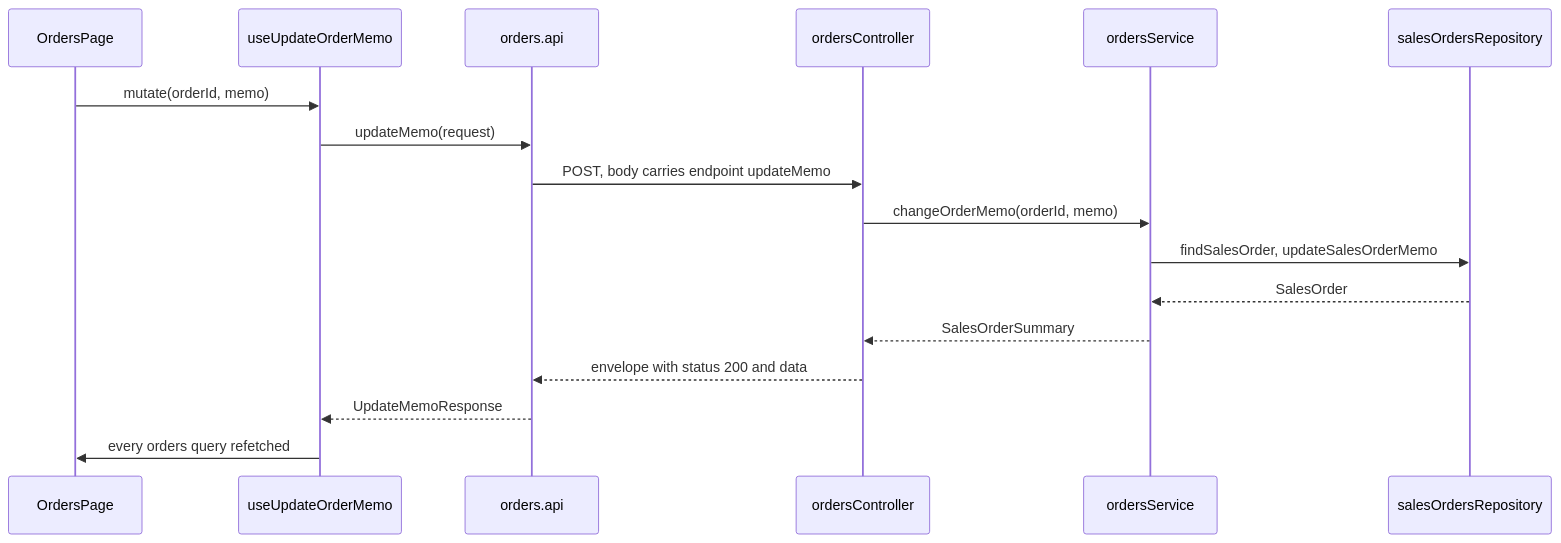
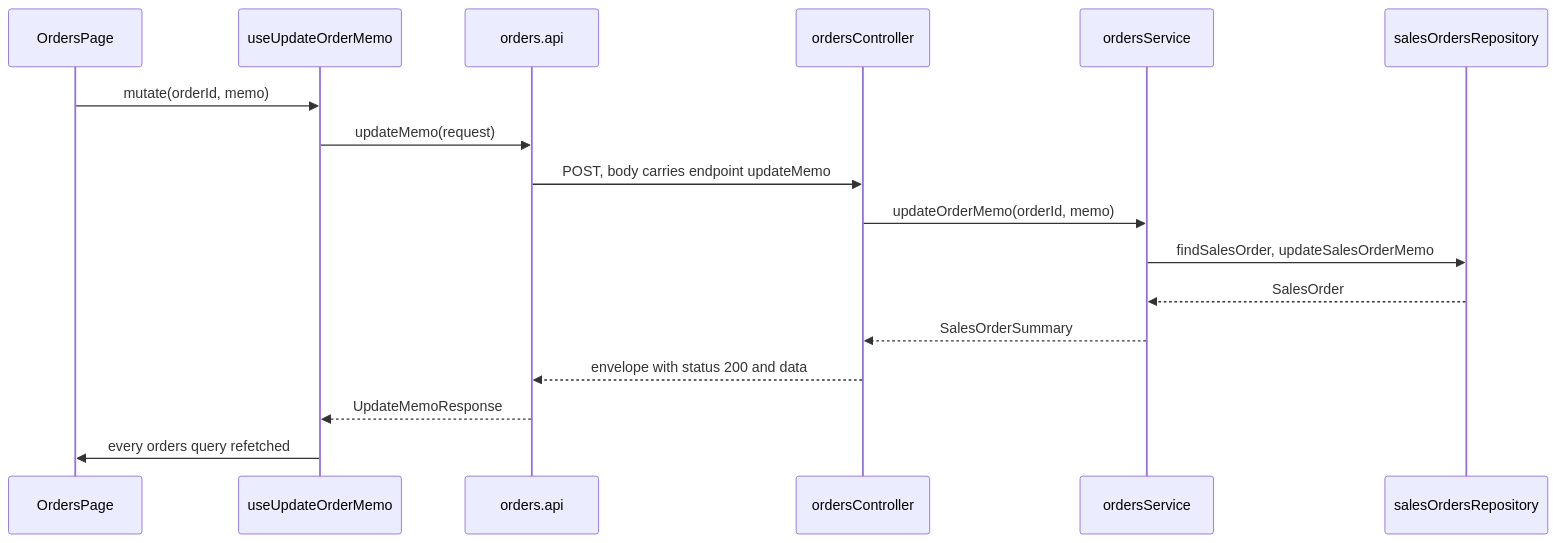
One commit to AmeriLux-Dev/netsuite-project-templates changed the diagram in react-app/how-to-use/controllers/restlet-controller.md. Above: the diagram before and after it, drawn with Mermaid. The commit also changed other lines of this file and 13 other files, not shown here.

````diff
--- a/react-app/how-to-use/controllers/restlet-controller.md
+++ b/react-app/how-to-use/controllers/restlet-controller.md
@@ -371,19 +373,19 @@
 ```mermaid
 sequenceDiagram
     participant Page as OrdersPage
     participant Hook as useUpdateOrderMemo
     participant Client as orders.api
     participant Restlet as ordersController
     participant Service as ordersService
     participant Repository as salesOrdersRepository
     Page->>Hook: mutate(orderId, memo)
     Hook->>Client: updateMemo(request)
     Client->>Restlet: POST, body carries endpoint updateMemo
-    Restlet->>Service: changeOrderMemo(orderId, memo)
+    Restlet->>Service: updateOrderMemo(orderId, memo)
     Service->>Repository: findSalesOrder, updateSalesOrderMemo
     Repository-->>Service: SalesOrder
     Service-->>Restlet: SalesOrderSummary
     Restlet-->>Client: envelope with status 200 and data
     Client-->>Hook: UpdateMemoResponse
     Hook->>Page: every orders query refetched
 ```
````
